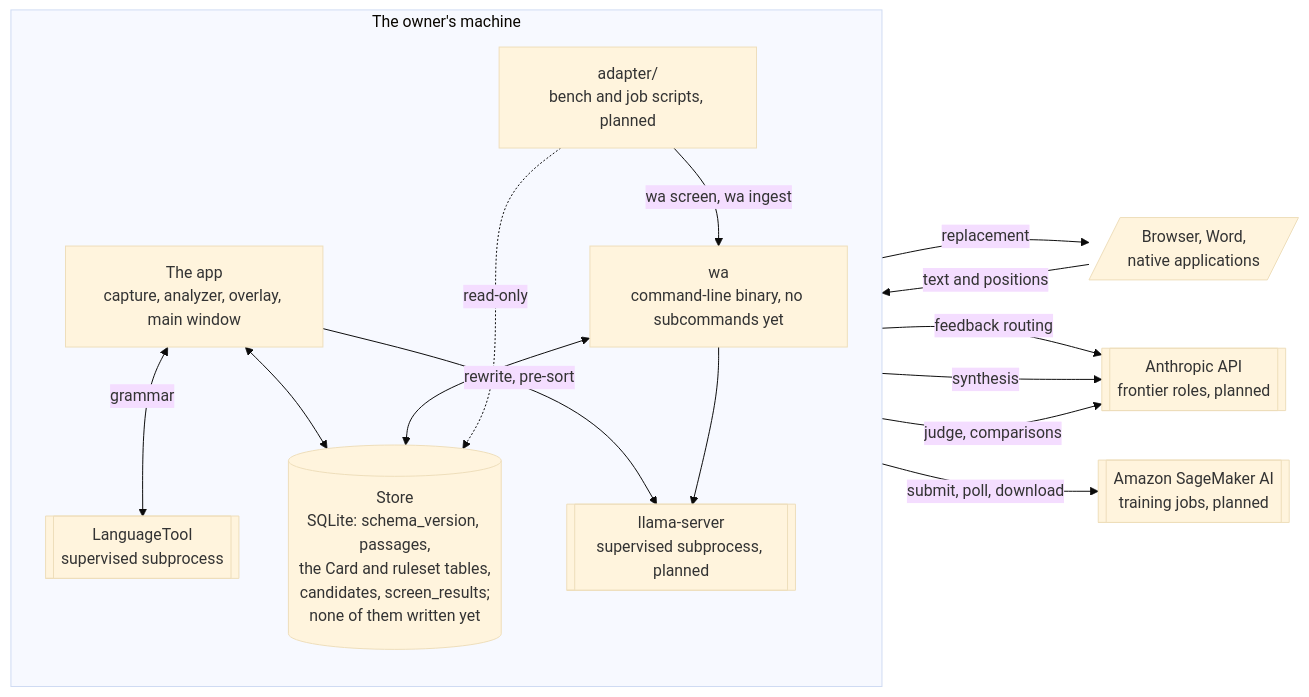
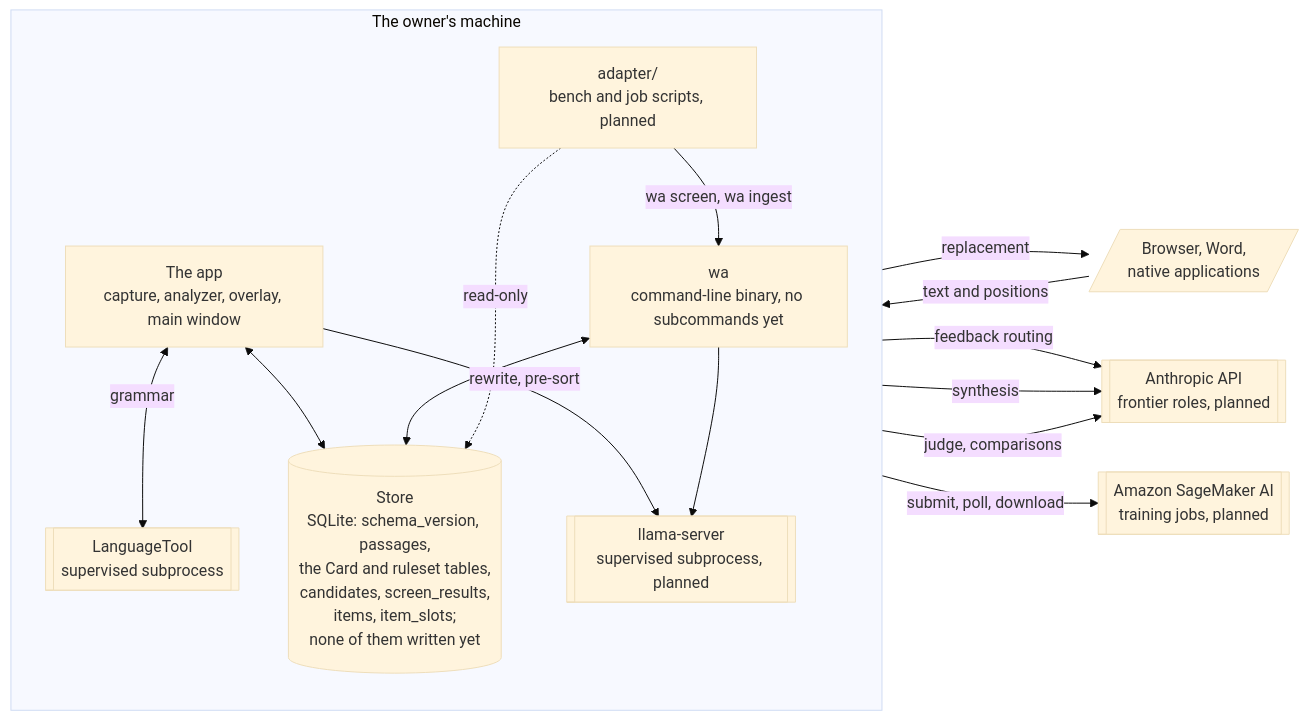
Before and after one commit to Bernice-Koh/writing-assistant: the third of 3 diagrams in README.md, drawn with Mermaid (base theme). The commit also changed other lines of this file and 2 other files, not shown here.

Commit message:
docs: describe the items tables and the never-export flag

````diff
--- a/README.md
+++ b/README.md
@@ -401,31 +401,31 @@
 ```mermaid
 flowchart LR
     Apps[/"Browser, Word,<br/>native applications"/]
 
     subgraph Machine["The owner's machine"]
         direction TB
         App["The app<br/>capture, analyzer, overlay, main window"]
         LT[["LanguageTool<br/>supervised subprocess"]]
-        Store[("Store<br/>SQLite: schema_version, passages,<br/>the Card and ruleset tables,<br/>candidates, screen_results;<br/>none of them written yet")]
+        Store[("Store<br/>SQLite: schema_version, passages,<br/>the Card and ruleset tables,<br/>candidates, screen_results,<br/>items, item_slots;<br/>none of them written yet")]
         LS[["llama-server<br/>supervised subprocess, planned"]]
         WA["wa<br/>command-line binary, no subcommands yet"]
         Py["adapter/<br/>bench and job scripts, planned"]
     end
 
     Api[["Anthropic API<br/>frontier roles, planned"]]
     Sage[["Amazon SageMaker AI<br/>training jobs, planned"]]
 
     Apps -->|"text and positions"| App
     App -->|"replacement"| Apps
     App <-->|"grammar"| LT
     App <--> Store
     App -->|"rewrite, pre-sort"| LS
     WA <--> Store
     WA --> LS
     Py -->|"wa screen, wa ingest"| WA
     Py -.->|"read-only"| Store
     App -->|"feedback routing"| Api
     WA -->|"synthesis"| Api
     Py -->|"judge, comparisons"| Api
     Py -->|"submit, poll, download"| Sage
 ```
````
